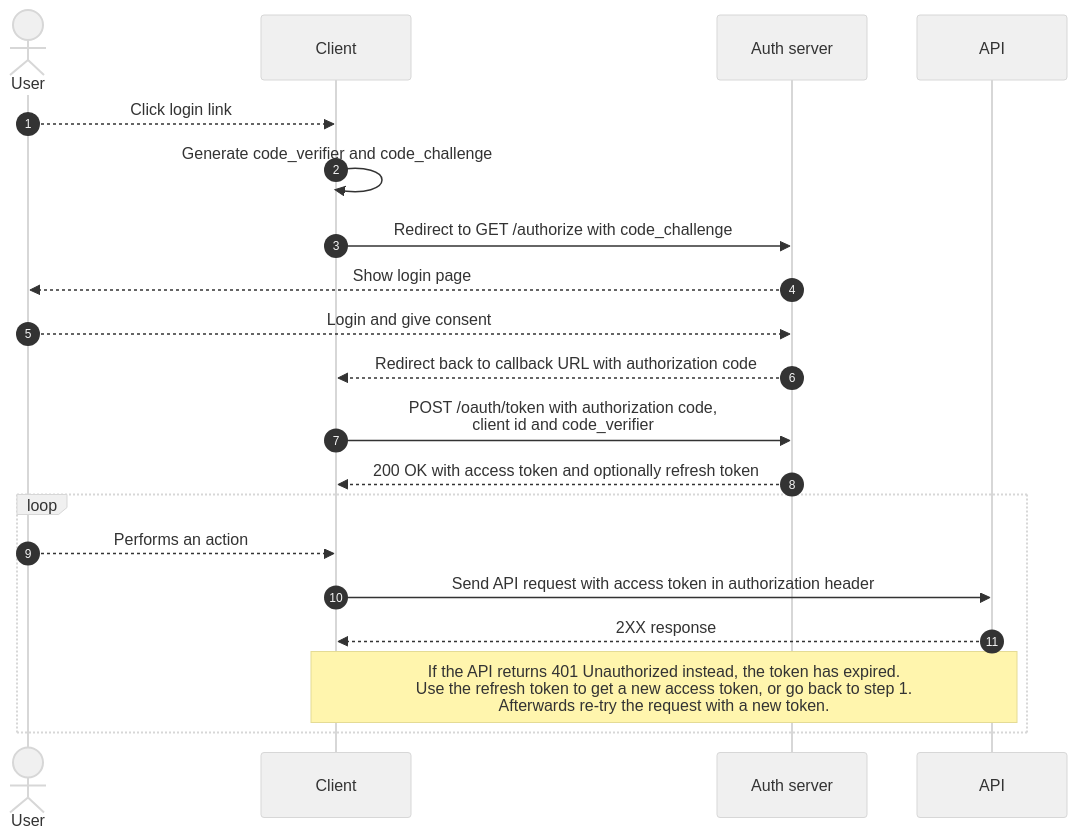
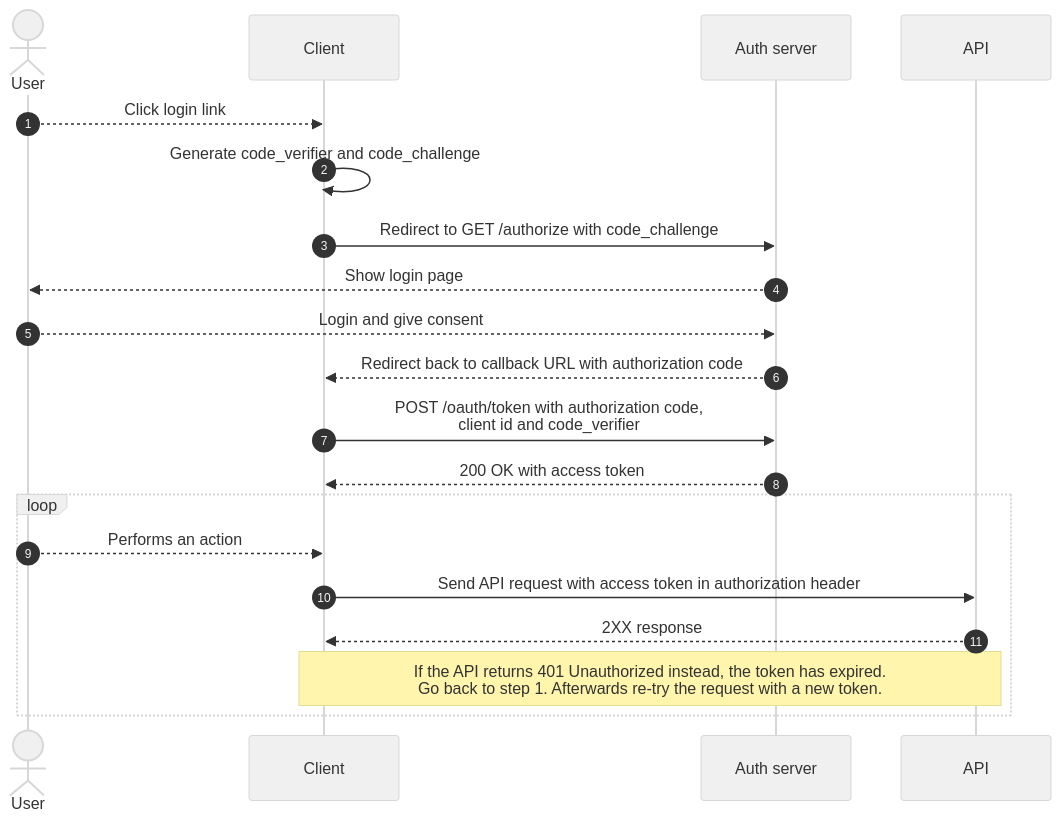
The second of 2 diagrams in projects/authentication/docs/user-access-token.md (cultuurnet/apidocs), drawn with Mermaid before and after one commit. The commit also changed other lines of this file, not shown here.

First line of the commit message:
Remove mention of refresh tokens for now

````diff
--- a/projects/authentication/docs/user-access-token.md
+++ b/projects/authentication/docs/user-access-token.md
@@ -84,20 +84,20 @@
 ```mermaid
 %%{init: {'theme':'base', 'themeVariables': { 'primaryColor': '#f0f0f0', 'fontFamily': 'Helvetica' }, 'sequence': { 'actorFontFamily': 'Helvetica', 'noteFontFamily': 'Helvetica', 'messageFontFamily': 'Helvetica' } }}%%
 sequenceDiagram
     autonumber
     actor User
     User-->>Client: Click login link
     Client->>Client: Generate code_verifier and code_challenge
     Client->>Auth server: Redirect to GET /authorize with code_challenge
     Auth server-->>User: Show login page
     User-->>Auth server: Login and give consent
     Auth server-->>Client: Redirect back to callback URL with authorization code
     Client->>Auth server: POST /oauth/token with authorization code,<br /> client id and code_verifier
-    Auth server-->>Client: 200 OK with access token and optionally refresh token
+    Auth server-->>Client: 200 OK with access token
     loop
         User-->>Client: Performs an action
         Client->>API: Send API request with access token in authorization header
         API-->>Client: 2XX response
-        note over API,Client: If the API returns 401 Unauthorized instead, the token has expired.<br />Use the refresh token to get a new access token, or go back to step 1.<br /> Afterwards re-try the request with a new token.
+        note over API,Client: If the API returns 401 Unauthorized instead, the token has expired.<br />Go back to step 1. Afterwards re-try the request with a new token.
     end
 ```
````
